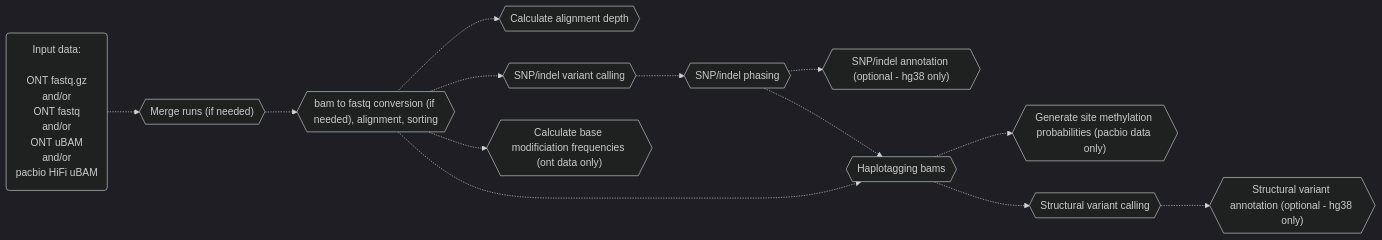
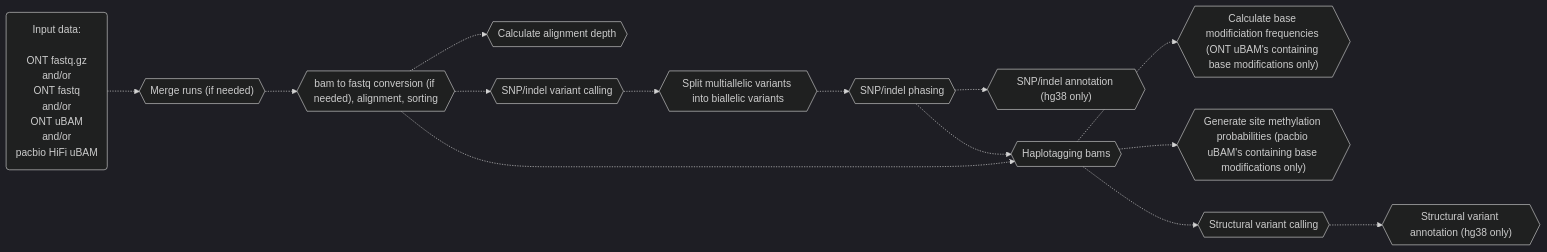
The first of 4 diagrams in README.md (leahkemp/pipeface), drawn with Mermaid before and after one commit. The commit also changed other lines of this file and 6 other files, not shown here.

````diff
--- a/README.md
+++ b/README.md
@@ -17,26 +21,26 @@
 ```mermaid
 %%{init: {'theme':'dark'}}%%
 flowchart LR
 
 input_data("Input data: <br><br> ONT fastq.gz <br> and/or <br> ONT fastq <br> and/or <br> ONT uBAM <br> and/or <br> pacbio HiFi uBAM")
 merging{{"Merge runs (if needed)"}}
 alignment{{"bam to fastq conversion (if needed), alignment, sorting"}}
 depth{{"Calculate alignment depth"}}
 snp_indel_calling{{"SNP/indel variant calling"}}
+split_multiallele{{"Split multiallelic variants into biallelic variants"}}
 snp_indel_phasing{{"SNP/indel phasing"}}
-snp_indel_annotation{{"SNP/indel annotation (optional - hg38 only)"}}
+snp_indel_annotation{{"SNP/indel annotation (hg38 only)"}}
 haplotagging{{"Haplotagging bams"}}
-calculate_base_mod_freqs{{"Calculate base modificiation frequencies (ont data only)"}}
-generate_meth_probs{{"Generate site methylation probabilities (pacbio data only)"}}
+calculate_base_mod_freqs{{"Calculate base modificiation frequencies (ONT uBAM's containing base modifications only)"}}
+generate_meth_probs{{"Generate site methylation probabilities (pacbio uBAM's containing base modifications only)"}}
 sv_calling{{"Structural variant calling"}}
-sv_annotation{{"Structural variant annotation (optional - hg38 only)"}}
+sv_annotation{{"Structural variant annotation (hg38 only)"}}
 
-input_data-.->merging-.->alignment-.->snp_indel_calling-.->snp_indel_phasing-.->haplotagging-.->sv_calling
+input_data-.->merging-.->alignment-.->snp_indel_calling-.->split_multiallele-.->snp_indel_phasing-.->haplotagging-.->sv_calling
 alignment-.->depth
-alignment-.->calculate_base_mod_freqs
 alignment-.->haplotagging
+haplotagging-.->calculate_base_mod_freqs
 haplotagging-.->generate_meth_probs
 snp_indel_phasing-.->snp_indel_annotation
 sv_calling-.->sv_annotation
-
 ```
````
